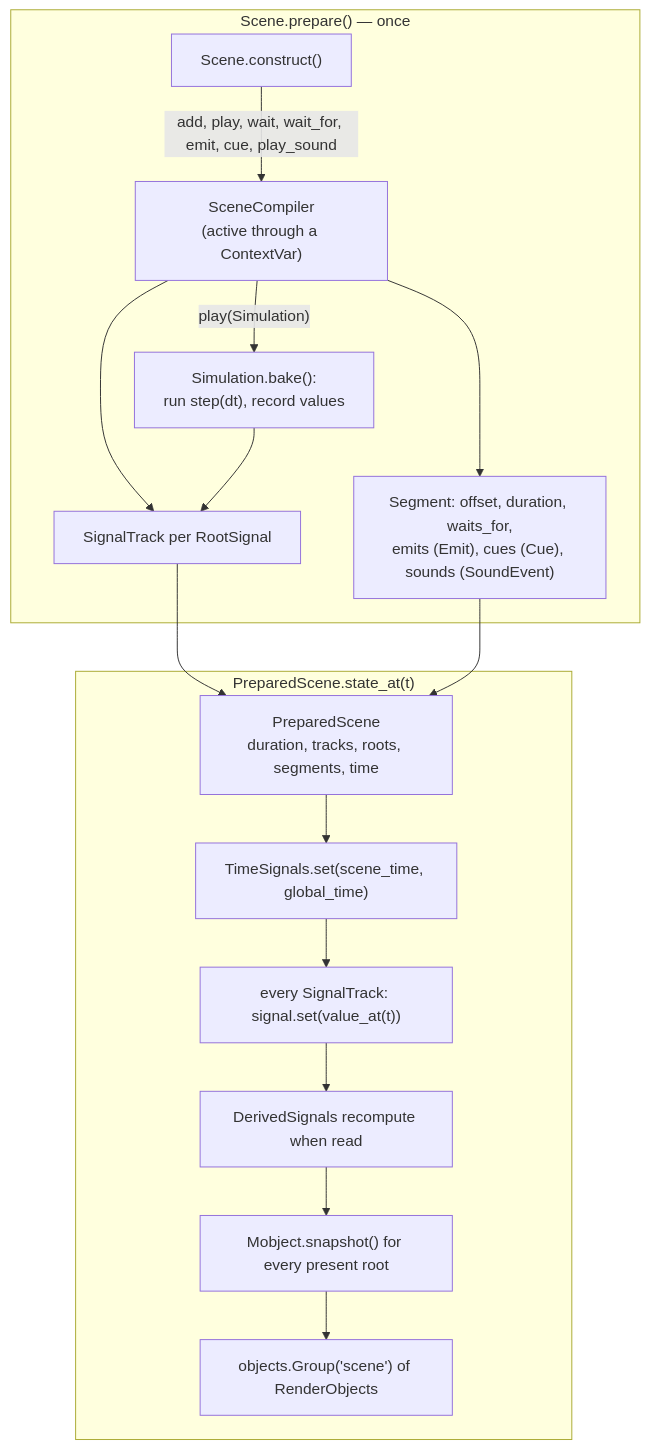
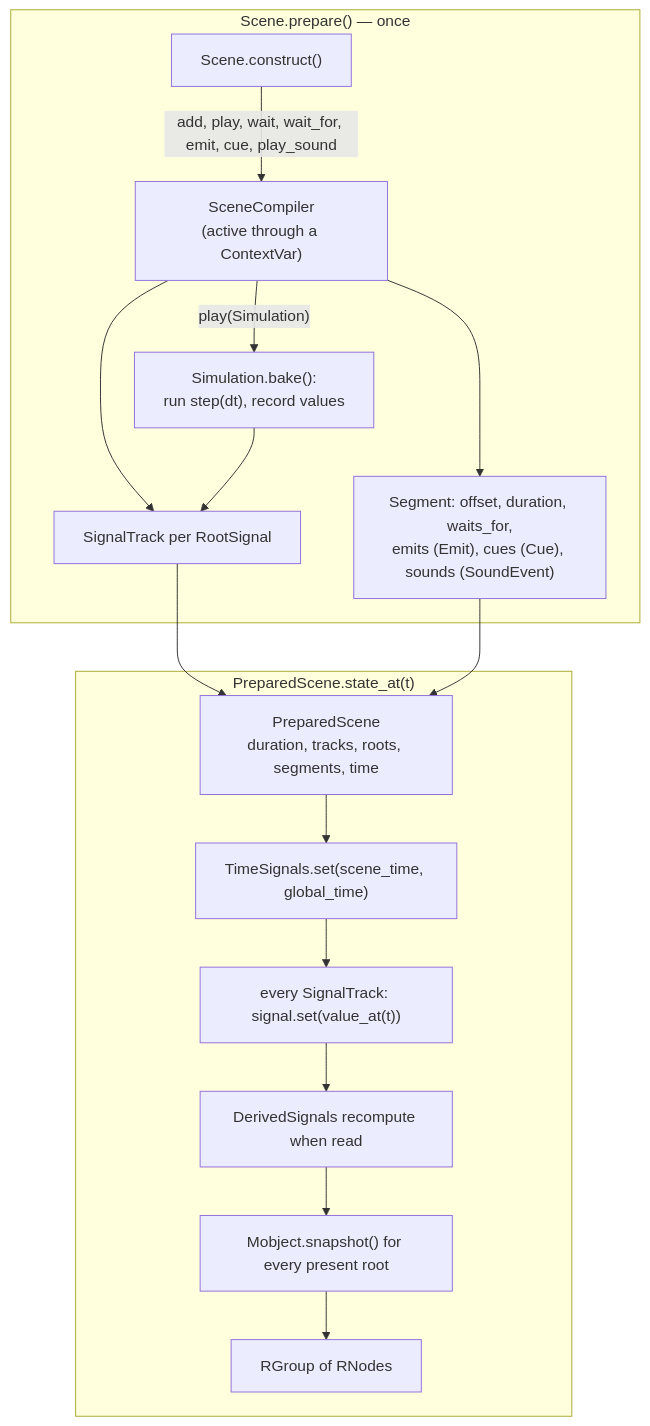
The fourth of 8 diagrams in manimx/ARCHITECTURE.md (MrDiver/manim), drawn with Mermaid before and after one commit. The commit also changed other lines of this file and 52 other files, not shown here.

````diff
--- a/manimx/ARCHITECTURE.md
+++ b/manimx/ARCHITECTURE.md
@@ -238,18 +240,18 @@
 ```mermaid
 flowchart TD
     subgraph Compile["Scene.prepare() — once"]
         A["Scene.construct()"] -->|"add, play, wait, wait_for, emit, cue, play_sound"| SC["SceneCompiler<br/>(active through a ContextVar)"]
         SC --> T["SignalTrack per RootSignal"]
         SC --> SG["Segment: offset, duration, waits_for,<br/>emits (Emit), cues (Cue), sounds (SoundEvent)"]
         SC -->|"play(Simulation)"| BK["Simulation.bake():<br/>run step(dt), record values"]
         BK --> T
     end
     T & SG --> PS["PreparedScene<br/>duration, tracks, roots, segments, time"]
     subgraph Eval["PreparedScene.state_at(t)"]
         PS --> E1["TimeSignals.set(scene_time, global_time)"]
         E1 --> E2["every SignalTrack: signal.set(value_at(t))"]
         E2 --> E3["DerivedSignals recompute when read"]
         E3 --> E4["Mobject.snapshot() for every present root"]
-        E4 --> RO["objects.Group('scene') of RenderObjects"]
+        E4 --> RO["RGroup of RNodes"]
     end
 ```
````
